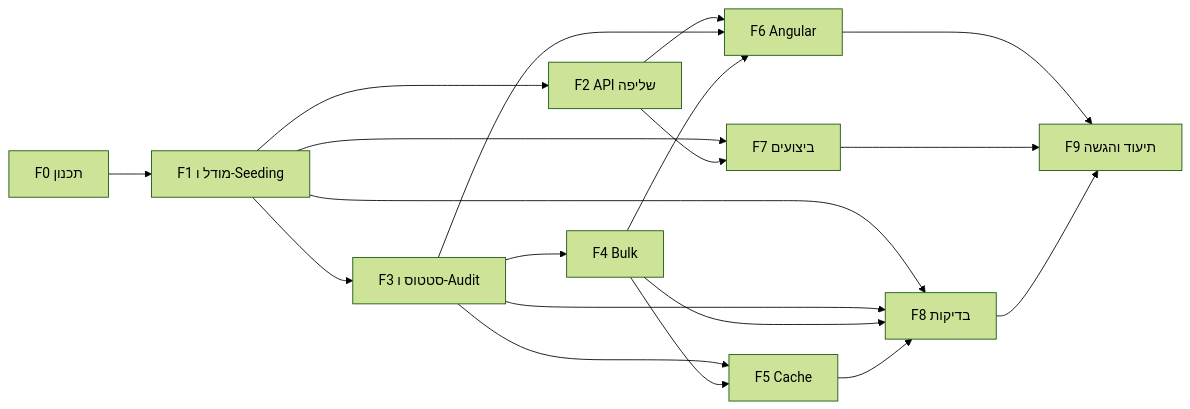
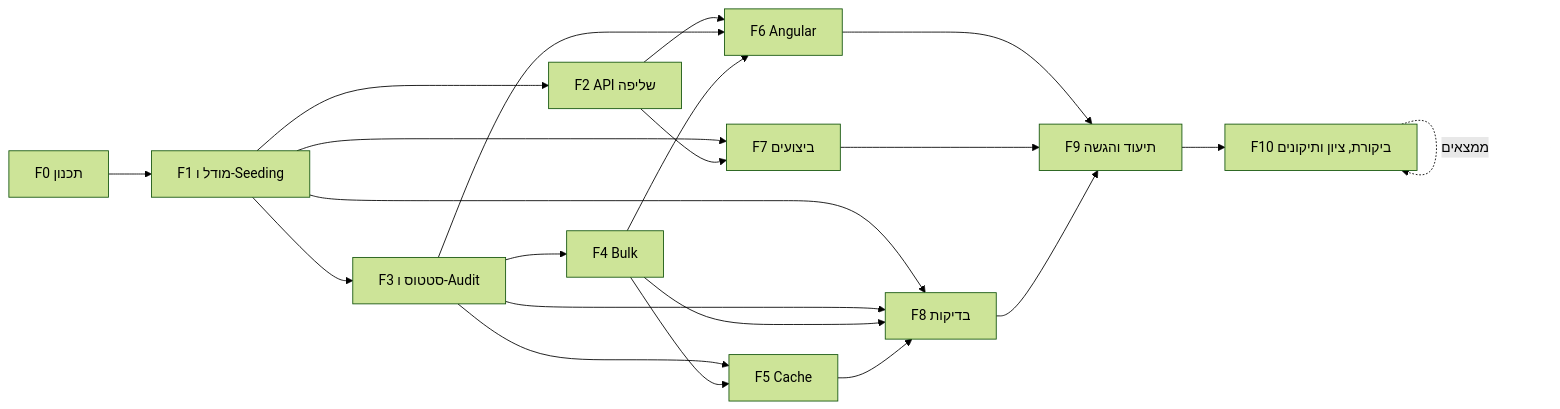
One commit to tsiviv/RequestsManagement changed the diagram in docs/WORK_PLAN.md. Above: the diagram before and after it, drawn with Mermaid (forest theme). The commit also changed other lines of this file and 16 other files, not shown here.

````diff
--- a/docs/WORK_PLAN.md
+++ b/docs/WORK_PLAN.md
@@ -145,21 +194,23 @@
 ```mermaid
 flowchart LR
     F0[F0 תכנון] --> F1[F1 מודל ו-Seeding]
     F1 --> F2[F2 API שליפה]
     F1 --> F3[F3 סטטוס ו-Audit]
     F3 --> F4[F4 Bulk]
     F3 --> F5[F5 Cache]
     F4 --> F5
     F2 --> F6[F6 Angular]
     F3 --> F6
     F4 --> F6
     F1 --> F7[F7 ביצועים]
     F2 --> F7
     F1 --> F8[F8 בדיקות]
     F3 --> F8
     F4 --> F8
     F5 --> F8
     F6 --> F9[F9 תיעוד והגשה]
     F7 --> F9
     F8 --> F9
+    F9 --> F10[F10 ביקורת, ציון ותיקונים]
+    F10 -.->|ממצאים| F10
 ```
````
